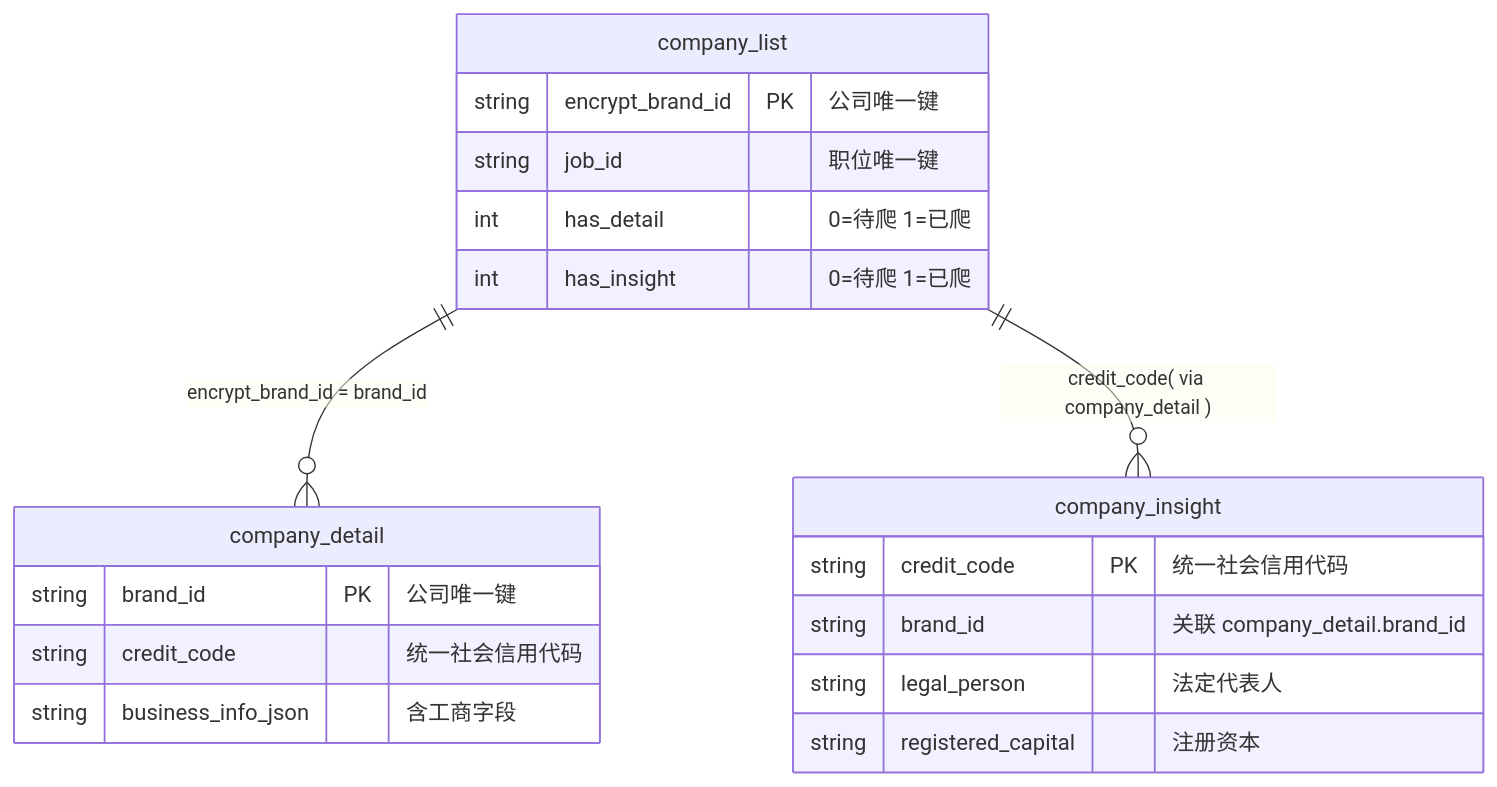
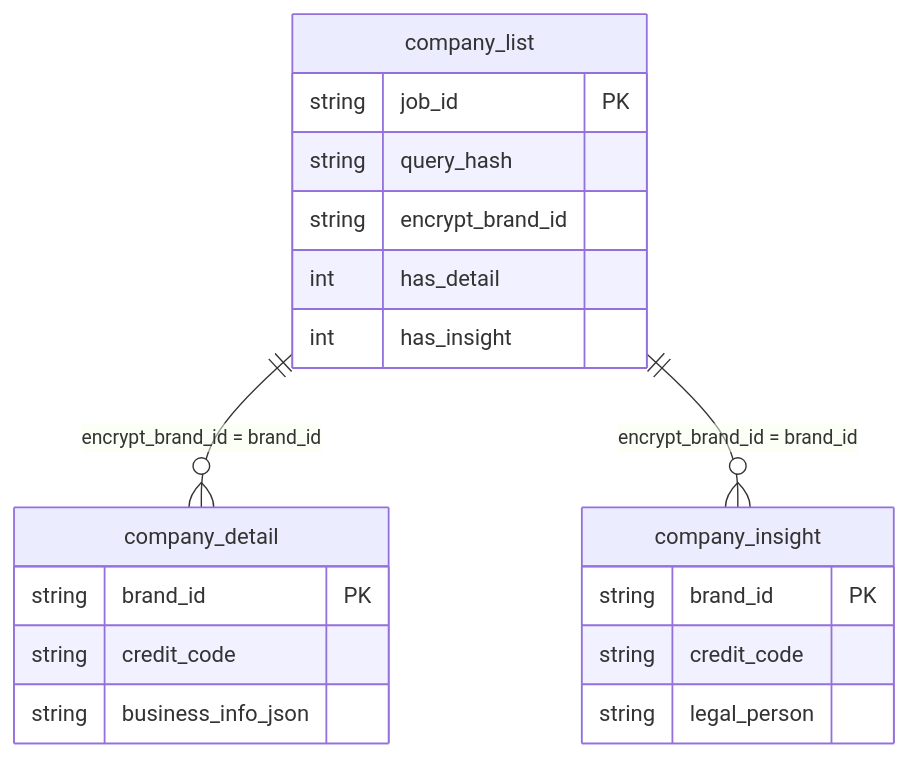
Before and after one commit to mednight4/boss-zhipin-scraper: the second of 2 diagrams in skill/pipeline.md, drawn with Mermaid. The commit also changed other lines of this file and 24 other files, not shown here.

````diff
--- a/skill/pipeline.md
+++ b/skill/pipeline.md
@@ -72,22 +88,22 @@
 ```mermaid
 erDiagram
     company_list ||--o{ company_detail : "encrypt_brand_id = brand_id"
-    company_list ||--o{ company_insight : "credit_code( via company_detail )"
+    company_list ||--o{ company_insight : "encrypt_brand_id = brand_id"
     company_list {
-        string encrypt_brand_id PK "公司唯一键"
-        string job_id "职位唯一键"
-        int has_detail "0=待爬 1=已爬"
-        int has_insight "0=待爬 1=已爬"
+        string job_id PK
+        string query_hash
+        string encrypt_brand_id
+        int has_detail
+        int has_insight
     }
     company_detail {
-        string brand_id PK "公司唯一键"
-        string credit_code "统一社会信用代码"
-        string business_info_json "含工商字段"
+        string brand_id PK
+        string credit_code
+        string business_info_json
     }
     company_insight {
-        string credit_code PK "统一社会信用代码"
-        string brand_id "关联 company_detail.brand_id"
-        string legal_person "法定代表人"
-        string registered_capital "注册资本"
+        string brand_id PK
+        string credit_code
+        string legal_person
     }
 ```
````
